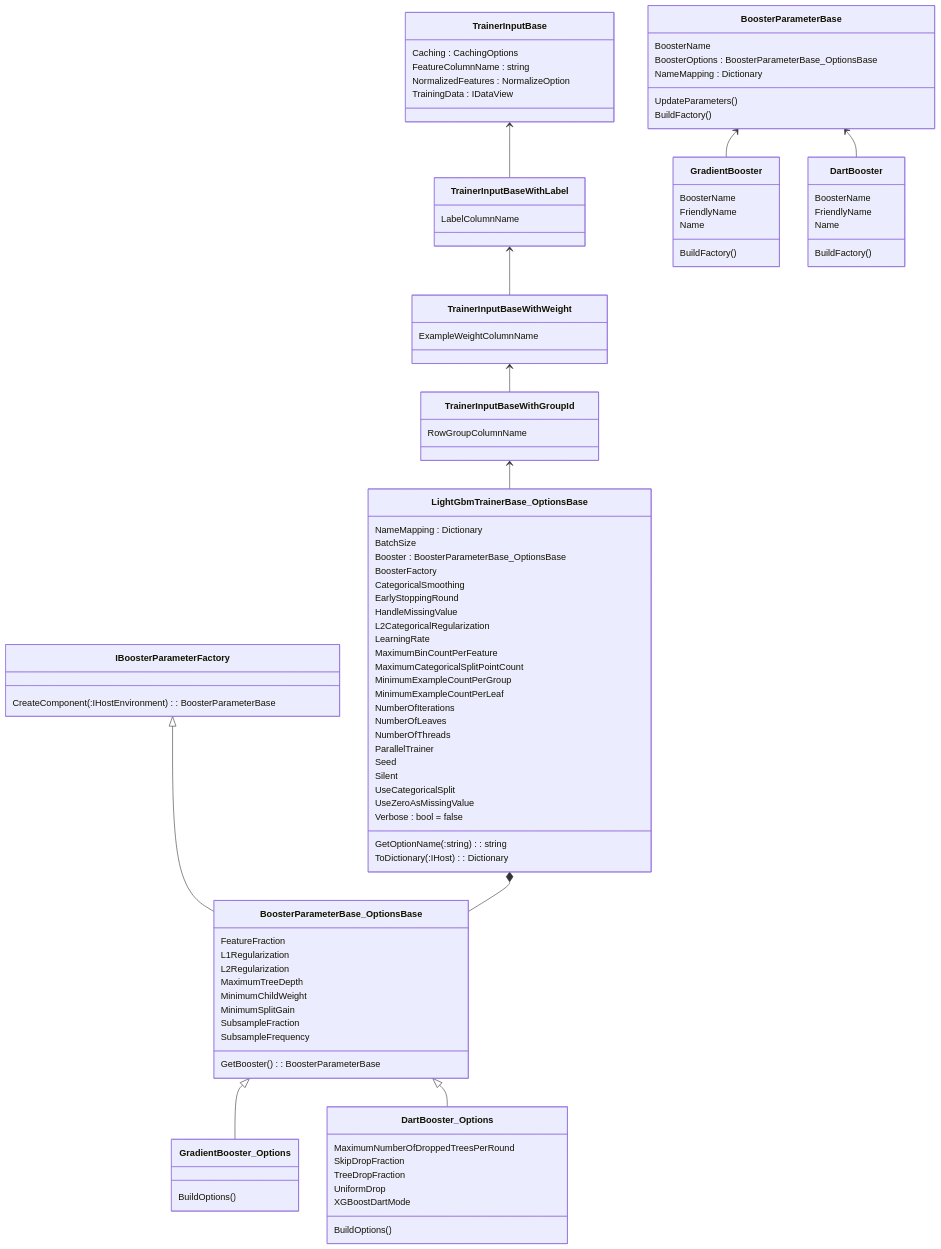
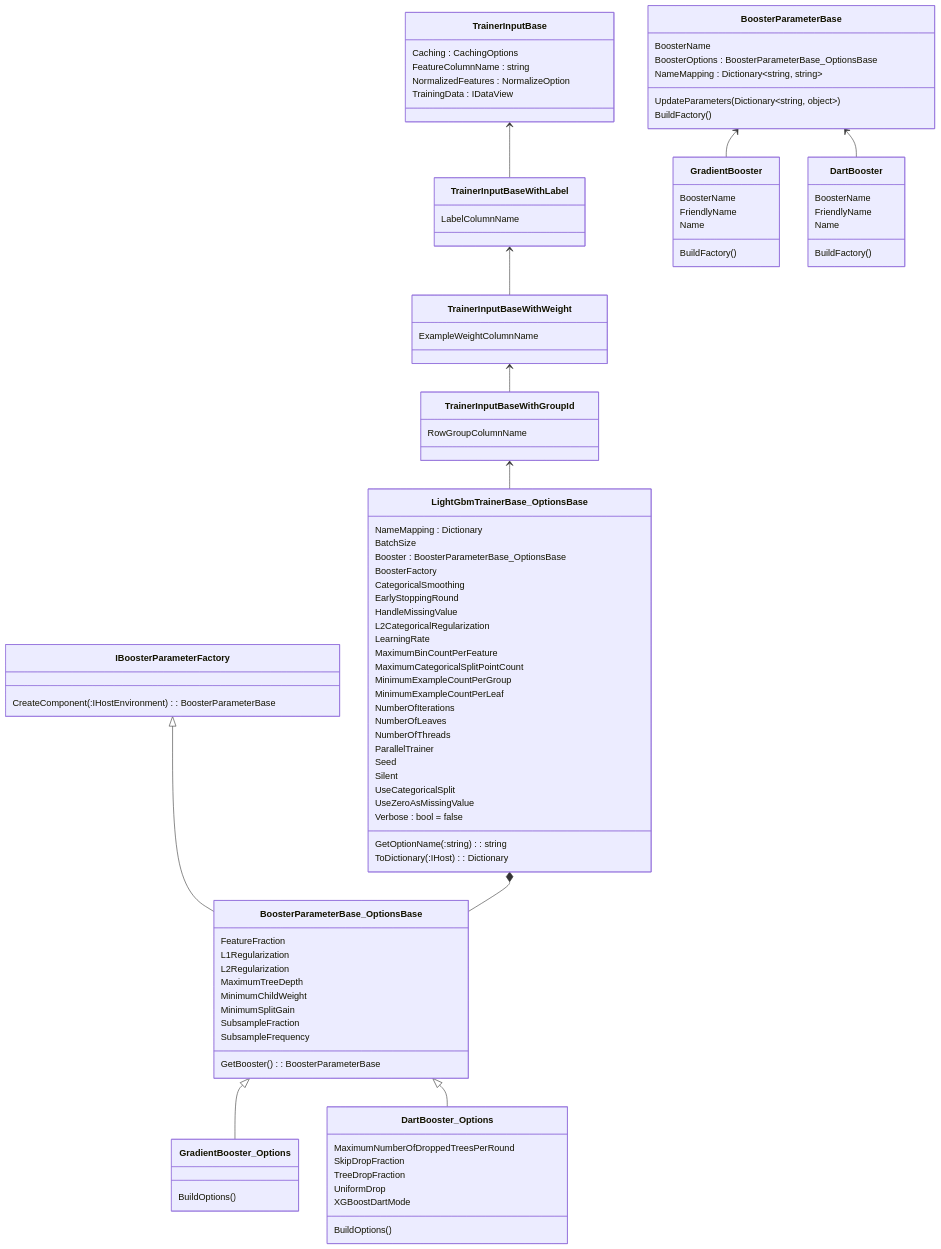
Before and after one commit to rgesteve/mlnetarchdiagrams: the diagram in class_traineroptions.mmd, drawn with Mermaid.

Commit message:
Fixed some generics

```diff
--- a/class_traineroptions.mmd
+++ b/class_traineroptions.mmd
@@ -1,99 +1,99 @@
 classDiagram 
 class LightGbmTrainerBase_OptionsBase {
   NameMapping : Dictionary<string, string>
   BatchSize
   Booster : BoosterParameterBase_OptionsBase
   BoosterFactory
   CategoricalSmoothing
   EarlyStoppingRound
   HandleMissingValue
   L2CategoricalRegularization
   LearningRate 
   MaximumBinCountPerFeature 
   MaximumCategoricalSplitPointCount
   MinimumExampleCountPerGroup
   MinimumExampleCountPerLeaf 
   NumberOfIterations 
   NumberOfLeaves 
   NumberOfThreads 
   ParallelTrainer 
   Seed 
   Silent 
   UseCategoricalSplit 
   UseZeroAsMissingValue 
   Verbose : bool = false
   GetOptionName(:string) : string
   ToDictionary(:IHost) : Dictionary<string, string>
 }
 class TrainerInputBaseWithGroupId {
   RowGroupColumnName
 }
 class TrainerInputBaseWithWeight {
   ExampleWeightColumnName
 }
 class TrainerInputBaseWithLabel {
   LabelColumnName
 }
 class TrainerInputBase {
     Caching : CachingOptions
     FeatureColumnName : string
     NormalizedFeatures : NormalizeOption
     TrainingData : IDataView
 }
 TrainerInputBaseWithGroupId <-- LightGbmTrainerBase_OptionsBase
 TrainerInputBaseWithWeight <-- TrainerInputBaseWithGroupId
 TrainerInputBaseWithLabel <-- TrainerInputBaseWithWeight
 TrainerInputBase <-- TrainerInputBaseWithLabel
 
 class BoosterParameterBase_OptionsBase {
     FeatureFraction
     L1Regularization 
     L2Regularization 
     MaximumTreeDepth 
     MinimumChildWeight 
     MinimumSplitGain 
     SubsampleFraction 
     SubsampleFrequency
     GetBooster() : BoosterParameterBase
 }
 class GradientBooster_Options {
   BuildOptions()
 }
 class DartBooster_Options {
   MaximumNumberOfDroppedTreesPerRound
   SkipDropFraction
   TreeDropFraction
   UniformDrop
   XGBoostDartMode
   BuildOptions()
 }
 class IBoosterParameterFactory {
    CreateComponent(:IHostEnvironment) : BoosterParameterBase
 }
 IBoosterParameterFactory <|-- BoosterParameterBase_OptionsBase
 BoosterParameterBase_OptionsBase <|-- GradientBooster_Options
 BoosterParameterBase_OptionsBase <|-- DartBooster_Options
 
 LightGbmTrainerBase_OptionsBase *-- BoosterParameterBase_OptionsBase
 
 class BoosterParameterBase {
     BoosterName
     BoosterOptions : BoosterParameterBase_OptionsBase
-    NameMapping : Dictionary<string, string>
-    UpdateParameters()
+    NameMapping : Dictionary~string, string~
+    UpdateParameters(Dictionary~string, object~)
     BuildFactory()
 }
 class GradientBooster {
     BoosterName
     FriendlyName
     Name
     BuildFactory()
 }
 class DartBooster {
     BoosterName
     FriendlyName
     Name
     BuildFactory()
 }
 BoosterParameterBase <-- GradientBooster
 BoosterParameterBase <-- DartBooster
```
